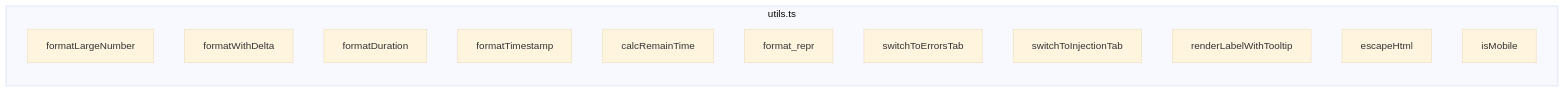
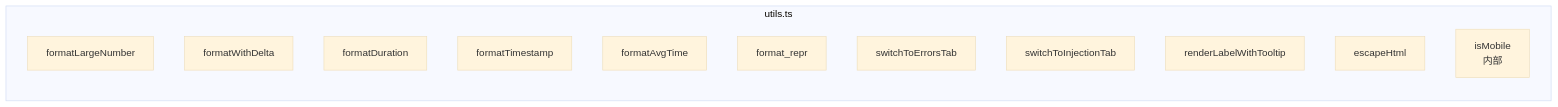
One commit to Mr-xiaotian/celestialflow-web changed the diagram in docs/zh-CN/src/static/ts/utils.md. Above: the diagram before and after it, drawn with Mermaid (base theme). The commit also changed other lines of this file and 46 other files, not shown here.

````diff
--- a/docs/zh-CN/src/static/ts/utils.md
+++ b/docs/zh-CN/src/static/ts/utils.md
@@ -73,16 +72,16 @@
 ```mermaid
 flowchart LR
     subgraph utils.ts
         A[formatLargeNumber]
         B[formatWithDelta]
         C[formatDuration]
         D[formatTimestamp]
-        E[calcRemainTime]
+        E[formatAvgTime]
         F[format_repr]
         G[switchToErrorsTab]
         H[switchToInjectionTab]
         I[renderLabelWithTooltip]
         J[escapeHtml]
-        K[isMobile]
+        K[isMobile<br/>内部]
     end
 ```
````
